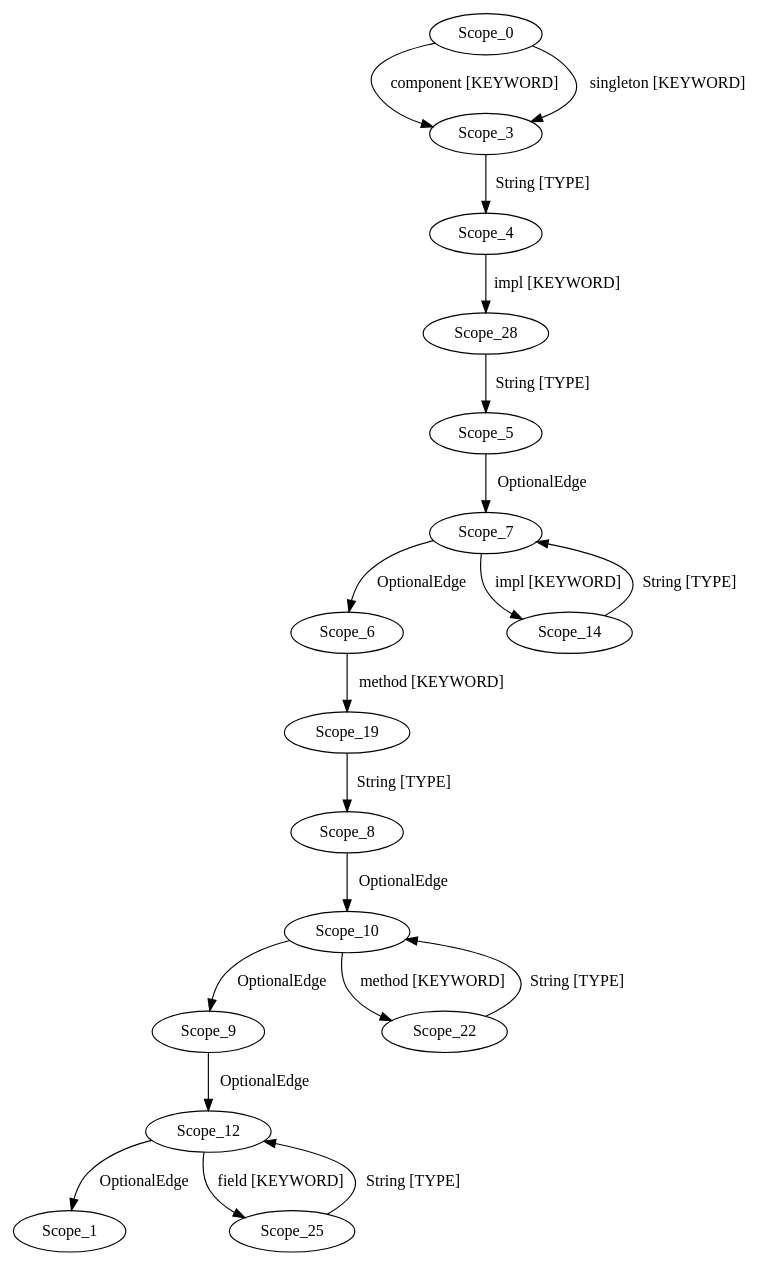
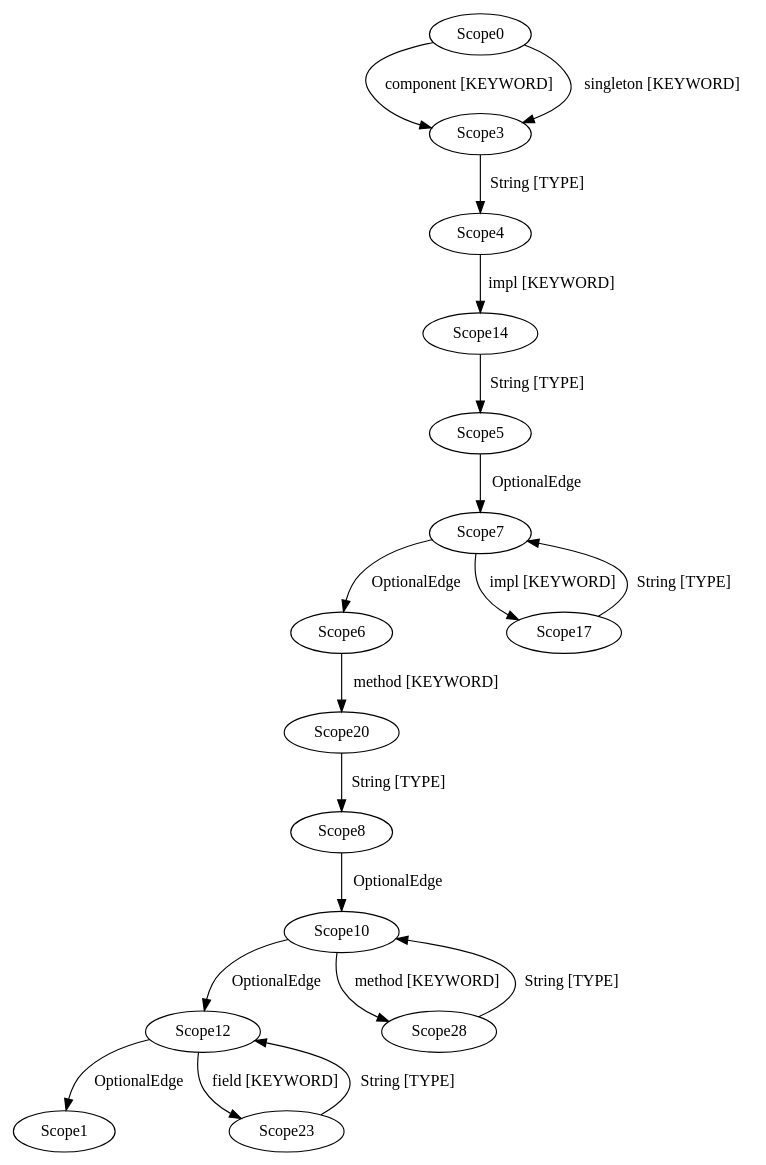
The diagram in 10_Pictures/joi.gv (etgramli/Master), drawn with Graphviz before and after one commit.

Commit message:
Updated graph

```diff
--- a/10_Pictures/joi.gv
+++ b/10_Pictures/joi.gv
@@ -1,37 +1,35 @@
 digraph G {
-  Scope_0;
-  Scope_1;
-  Scope_3;
-  Scope_4;
-  Scope_5;
-  Scope_6;
-  Scope_7;
-  Scope_8;
-  Scope_9;
-  Scope_10;
-  Scope_12;
-  Scope_14;
-  Scope_19;
-  Scope_22;
-  Scope_25;
-  Scope_28;
-  Scope_5 -> Scope_7 [ label="OptionalEdge" ];
-  Scope_7 -> Scope_6 [ label="OptionalEdge" ];
-  Scope_8 -> Scope_10 [ label="OptionalEdge" ];
-  Scope_10 -> Scope_9 [ label="OptionalEdge" ];
-  Scope_9 -> Scope_12 [ label="OptionalEdge" ];
-  Scope_0 -> Scope_3 [ label="component [KEYWORD]" ];
-  Scope_0 -> Scope_3 [ label="singleton [KEYWORD]" ];
-  Scope_12 -> Scope_1 [ label="OptionalEdge" ];
-  Scope_7 -> Scope_14 [ label="impl [KEYWORD]" ];
-  Scope_14 -> Scope_7 [ label="String [TYPE]" ];
-  Scope_3 -> Scope_4 [ label="String [TYPE]" ];
-  Scope_6 -> Scope_19 [ label="method [KEYWORD]" ];
-  Scope_19 -> Scope_8 [ label="String [TYPE]" ];
-  Scope_10 -> Scope_22 [ label="method [KEYWORD]" ];
-  Scope_22 -> Scope_10 [ label="String [TYPE]" ];
-  Scope_12 -> Scope_25 [ label="field [KEYWORD]" ];
-  Scope_25 -> Scope_12 [ label="String [TYPE]" ];
-  Scope_4 -> Scope_28 [ label="impl [KEYWORD]" ];
-  Scope_28 -> Scope_5 [ label="String [TYPE]" ];
+  Scope0;
+  Scope1;
+  Scope3;
+  Scope4;
+  Scope5;
+  Scope6;
+  Scope7;
+  Scope8;
+  Scope10;
+  Scope12;
+  Scope14;
+  Scope17;
+  Scope20;
+  Scope23;
+  Scope28;
+  Scope5 -> Scope7 [ label="OptionalEdge" ];
+  Scope7 -> Scope6 [ label="OptionalEdge" ];
+  Scope8 -> Scope10 [ label="OptionalEdge" ];
+  Scope0 -> Scope3 [ label="component [KEYWORD]" ];
+  Scope0 -> Scope3 [ label="singleton [KEYWORD]" ];
+  Scope12 -> Scope1 [ label="OptionalEdge" ];
+  Scope4 -> Scope14 [ label="impl [KEYWORD]" ];
+  Scope14 -> Scope5 [ label="String [TYPE]" ];
+  Scope7 -> Scope17 [ label="impl [KEYWORD]" ];
+  Scope17 -> Scope7 [ label="String [TYPE]" ];
+  Scope6 -> Scope20 [ label="method [KEYWORD]" ];
+  Scope20 -> Scope8 [ label="String [TYPE]" ];
+  Scope12 -> Scope23 [ label="field [KEYWORD]" ];
+  Scope23 -> Scope12 [ label="String [TYPE]" ];
+  Scope3 -> Scope4 [ label="String [TYPE]" ];
+  Scope10 -> Scope28 [ label="method [KEYWORD]" ];
+  Scope28 -> Scope10 [ label="String [TYPE]" ];
+  Scope10 -> Scope12 [ label="OptionalEdge" ];
 }
```
